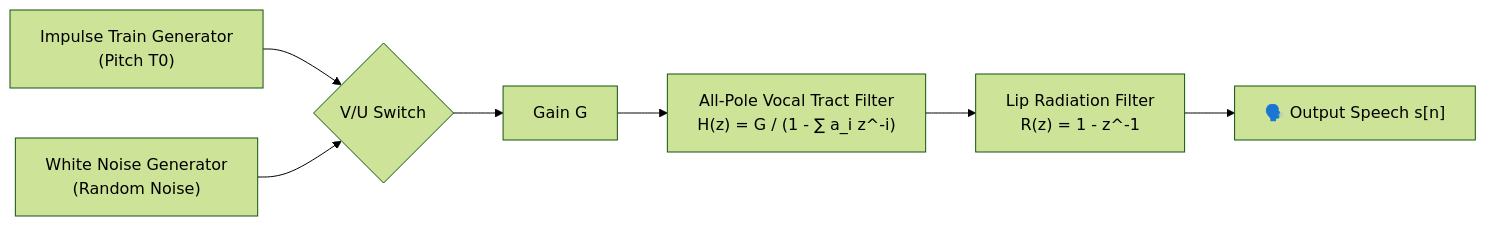
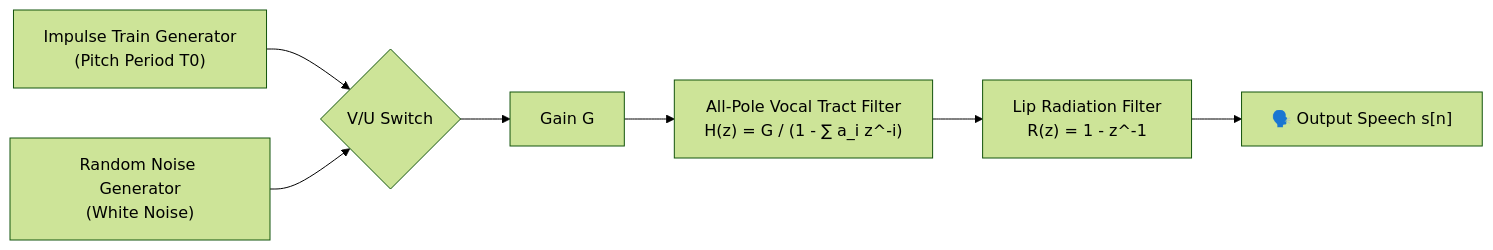
One commit to Anubhab912/Speech-and-Video-Processing changed the first of 8 diagrams in Module_1_Speech_Processing_Concepts/Question_Bank_SAQ_LAQ_Solutions.md. Above: the diagram before and after it, drawn with Mermaid (forest theme). The commit also changed other lines of this file, not shown here.

Commit message:
Format Module 1 Master Question Bank solutions as comprehensive 5-mark university answers with embedded diagrams and solved numericals

````diff
--- a/Module_1_Speech_Processing_Concepts/Question_Bank_SAQ_LAQ_Solutions.md
+++ b/Module_1_Speech_Processing_Concepts/Question_Bank_SAQ_LAQ_Solutions.md
@@ -625,9 +643,9 @@
 ```mermaid
 flowchart LR
-    Voiced["Impulse Train Generator\n(Pitch T0)"] --> Sw{"V/U Switch"}
-    Unvoiced["White Noise Generator\n(Random Noise)"] --> Sw
+    Voiced["Impulse Train Generator\n(Pitch Period T0)"] --> Sw{"V/U Switch"}
+    Unvoiced["Random Noise Generator\n(White Noise)"] --> Sw
     Sw --> Gain["Gain G"]
     Gain --> Filter["All-Pole Vocal Tract Filter\nH(z) = G / (1 - ∑ a_i z^-i)"]
     Filter --> Radiation["Lip Radiation Filter\nR(z) = 1 - z^-1"]
     Radiation --> Speech["🗣️ Output Speech s[n]"]
 ```
````
